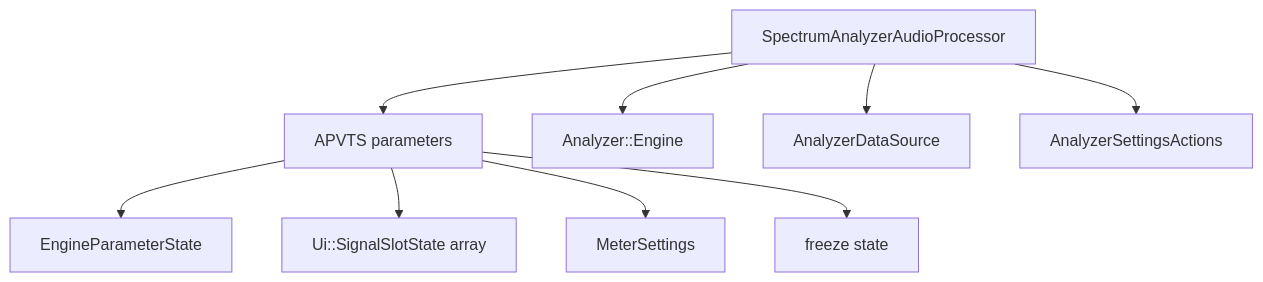
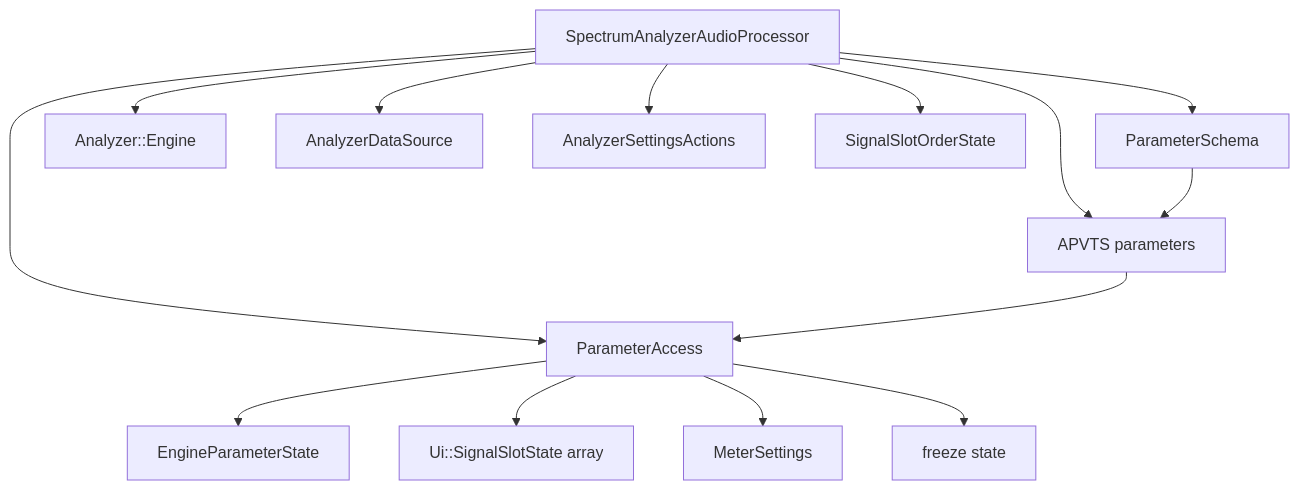
One commit to Silenterc/Band-Spectrum-Analyzer changed the second of 8 diagrams in docs/audio-processing-architecture.md. Above: the diagram before and after it, drawn with Mermaid. The commit also changed other lines of this file and 11 other files, not shown here.

````diff
--- a/docs/audio-processing-architecture.md
+++ b/docs/audio-processing-architecture.md
@@ -26,12 +26,17 @@
 ```mermaid
 flowchart TD
     Processor[SpectrumAnalyzerAudioProcessor] --> APVTS[APVTS parameters]
+    Processor --> ParamSchema[ParameterSchema]
+    Processor --> ParamAccess[ParameterAccess]
     Processor --> Engine[Analyzer::Engine]
     Processor --> DataSource[AnalyzerDataSource]
     Processor --> Settings[AnalyzerSettingsActions]
+    Processor --> SlotOrderState[SignalSlotOrderState]
 
-    APVTS --> EngineParams[EngineParameterState]
-    APVTS --> UiSlots[Ui::SignalSlotState array]
-    APVTS --> Meter[MeterSettings]
-    APVTS --> Freeze[freeze state]
+    ParamSchema --> APVTS
+    APVTS --> ParamAccess
+    ParamAccess --> EngineParams[EngineParameterState]
+    ParamAccess --> UiSlots[Ui::SignalSlotState array]
+    ParamAccess --> Meter[MeterSettings]
+    ParamAccess --> Freeze[freeze state]
 ```
````
